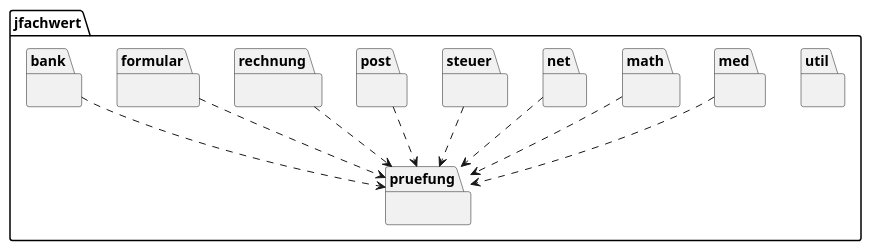
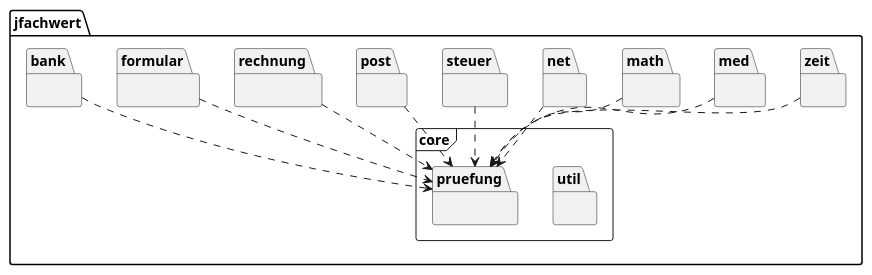
Before and after one commit to oboehm/jfachwert: the diagram in src/main/asciidoc/images/packages.puml, drawn with PlantUML. The commit also changed 4 other files, not shown here.

```diff
--- a/src/main/asciidoc/images/packages.puml
+++ b/src/main/asciidoc/images/packages.puml
@@ -1,46 +1,52 @@
 @startuml
 
 package "jfachwert" {
 
-    package "util" {
+    package "zeit" {
     }
+
 
     package "med" {
     }
 
     package "math" {
     }
 
     package "net" {
     }
 
     package "steuer" {
     }
 
     package "post" {
     }
 
     package "rechnung" {
     }
 
     package "formular" {
     }
 
     package "bank" {
     }
 
-    package "pruefung" {
+    frame "core" {
+        package "util" {
+        }
+        package "pruefung" {
+        }
     }
 
     bank ..> pruefung
     formular ..> pruefung
     steuer ..> pruefung
     post ..> pruefung
     rechnung ..> pruefung
     net ..> pruefung
     med ..> pruefung
     math ..> pruefung
+    zeit ..> pruefung
 
 }
 
 @enduml
```
